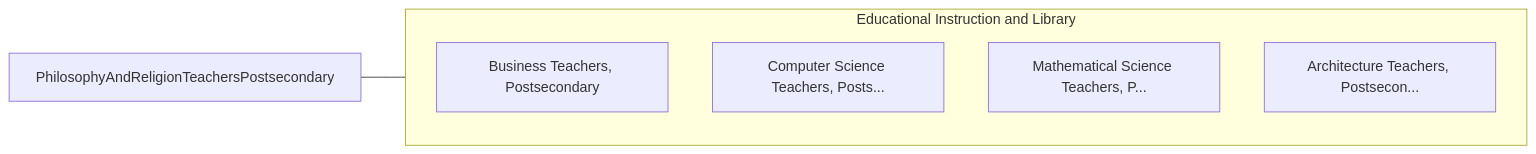
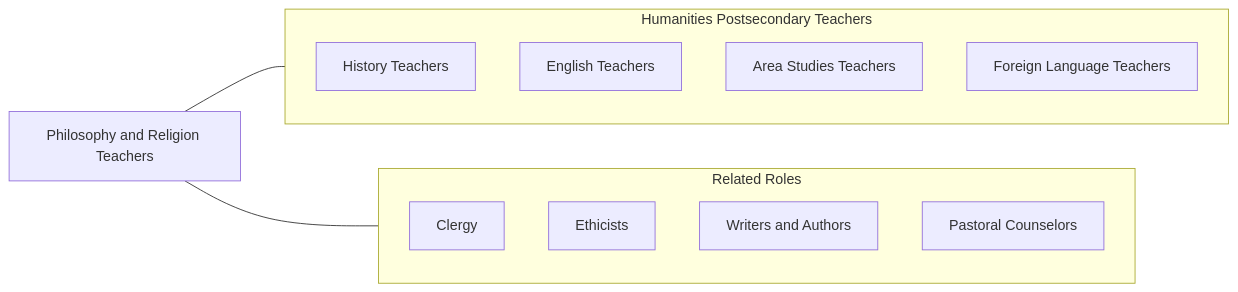
The fourth of 4 diagrams in occupations/Education/PhilosophyAndReligionTeachersPostsecondary.mdx (kziemski/business.org.ai), drawn with Mermaid before and after one commit. The commit also changed other lines of this file and 938 other files, not shown here.

````diff
--- a/occupations/Education/PhilosophyAndReligionTeachersPostsecondary.mdx
+++ b/occupations/Education/PhilosophyAndReligionTeachersPostsecondary.mdx
@@ -93,13 +170,21 @@
 ```mermaid
 graph LR
-    Current["PhilosophyAndReligionTeachersPostsecondary"]
+    Current["Philosophy and Religion Teachers"]
 
-    subgraph SameCategory["Educational Instruction and Library"]
-        BusinessTeachersPost["Business Teachers, Postsecondary"]
-        ComputerScienceTeach["Computer Science Teachers, Posts..."]
-        MathematicalScienceT["Mathematical Science Teachers, P..."]
-        ArchitectureTeachers["Architecture Teachers, Postsecon..."]
+    subgraph SameCategory["Humanities Postsecondary Teachers"]
+        History["History Teachers"]
+        English["English Teachers"]
+        AreaStudies["Area Studies Teachers"]
+        Foreign["Foreign Language Teachers"]
+    end
+
+    subgraph CrossFunctional["Related Roles"]
+        Clergy["Clergy"]
+        Ethicists["Ethicists"]
+        Writers["Writers and Authors"]
+        Counselors["Pastoral Counselors"]
     end
 
     Current --- SameCategory
+    Current --- CrossFunctional
 ```
````
